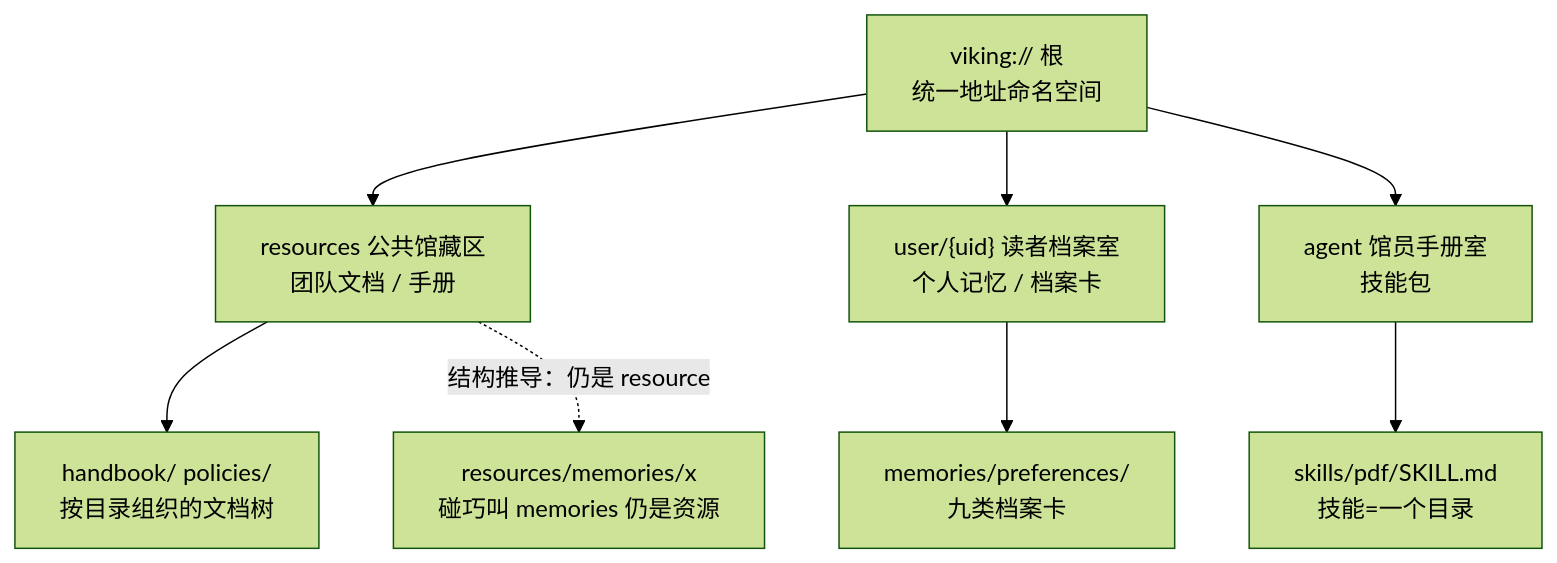
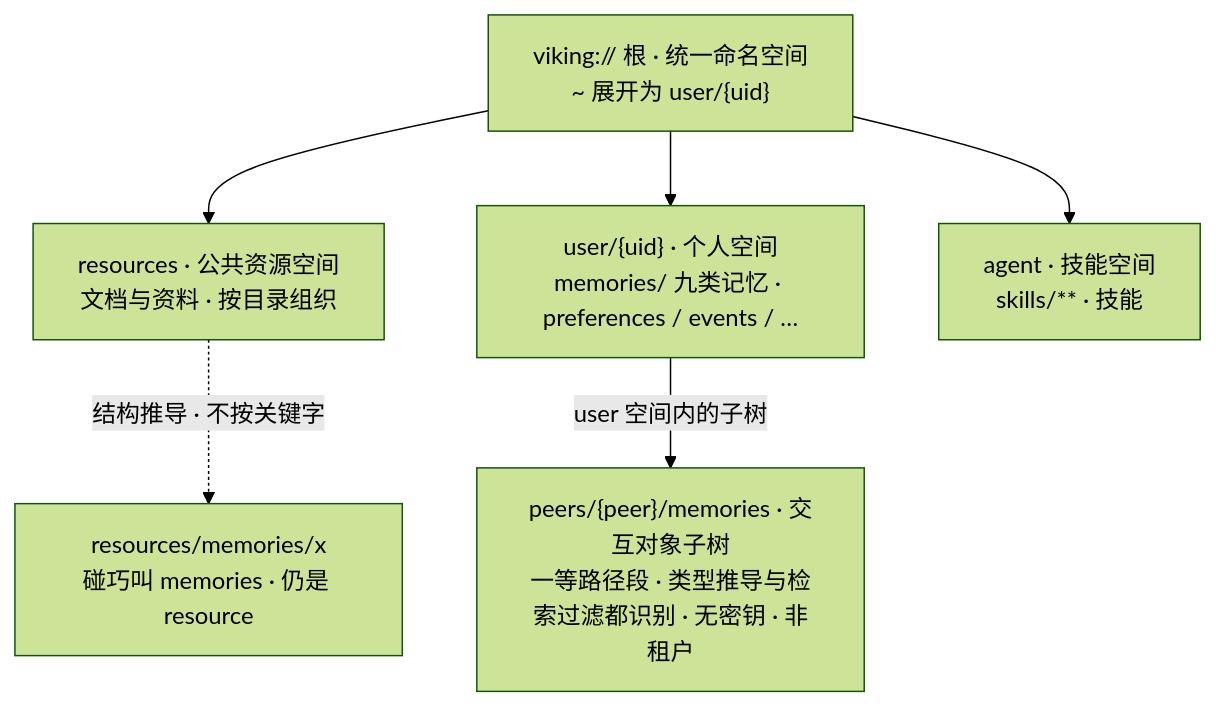
Before and after one commit to ThreeFish-AI/negentropy: the diagram in docs/assets/mermaid/cognitive-context/openviking--uri-scope-tree.mmd, drawn with Mermaid (forest theme). The commit also changed 84 other files, not shown here.

First line of the commit message:
docs(cognitive-context): 014 §2「一树三相三面」图例与机制解说补全 + 12 图挂载与盲审修复;

```diff
--- a/docs/assets/mermaid/cognitive-context/openviking--uri-scope-tree.mmd
+++ b/docs/assets/mermaid/cognitive-context/openviking--uri-scope-tree.mmd
@@ -1,12 +1,11 @@
-%% source: docs/research/cognitive-context/014-openviking.md §3（apps/negentropy-influence/episodes/openviking-video P1）
+%% source: docs/research/cognitive-context/014-openviking.md §3（视频 P1 → 修订重绘）
 %% slug: openviking--uri-scope-tree
 %% type: architecture
 %% derived: docs/assets/architecture/cognitive-context/openviking--uri-scope-tree.html
+%% fix: 2026-10-22 补 peers/{peer} 一等子树（换代后一等化）、去「馆藏区/档案室/手册室」旧代喻体为工程直陈；钉点 6227af51
 flowchart TB
-  ROOT["viking:// 根<br/>统一地址命名空间"] --> RES["resources 公共馆藏区<br/>团队文档 / 手册"]
-  ROOT --> USR["user/{uid} 读者档案室<br/>个人记忆 / 档案卡"]
-  ROOT --> AGT["agent 馆员手册室<br/>技能包"]
-  RES --> RDOCS["handbook/ policies/<br/>按目录组织的文档树"]
-  USR --> UMEM["memories/preferences/<br/>九类档案卡"]
-  AGT --> ASKILL["skills/pdf/SKILL.md<br/>技能=一个目录"]
-  RES -. "结构推导：仍是 resource" .-> CTR["resources/memories/x<br/>碰巧叫 memories 仍是资源"]
+  VIKING["viking:// 根 · 统一命名空间<br/>~ 展开为 user/{uid}"] --> RES["resources · 公共资源空间<br/>文档与资料 · 按目录组织"]
+  VIKING --> USR["user/{uid} · 个人空间<br/>memories/ 九类记忆 · preferences / events / …"]
+  VIKING --> AGT["agent · 技能空间<br/>skills/** · 技能"]
+  USR -->|"user 空间内的子树"| PEERS["peers/{peer}/memories · 交互对象子树<br/>一等路径段 · 类型推导与检索过滤都识别 · 无密钥 · 非租户"]
+  RES -.->|"结构推导 · 不按关键字"| CTR["resources/memories/x<br/>碰巧叫 memories · 仍是 resource"]
```
